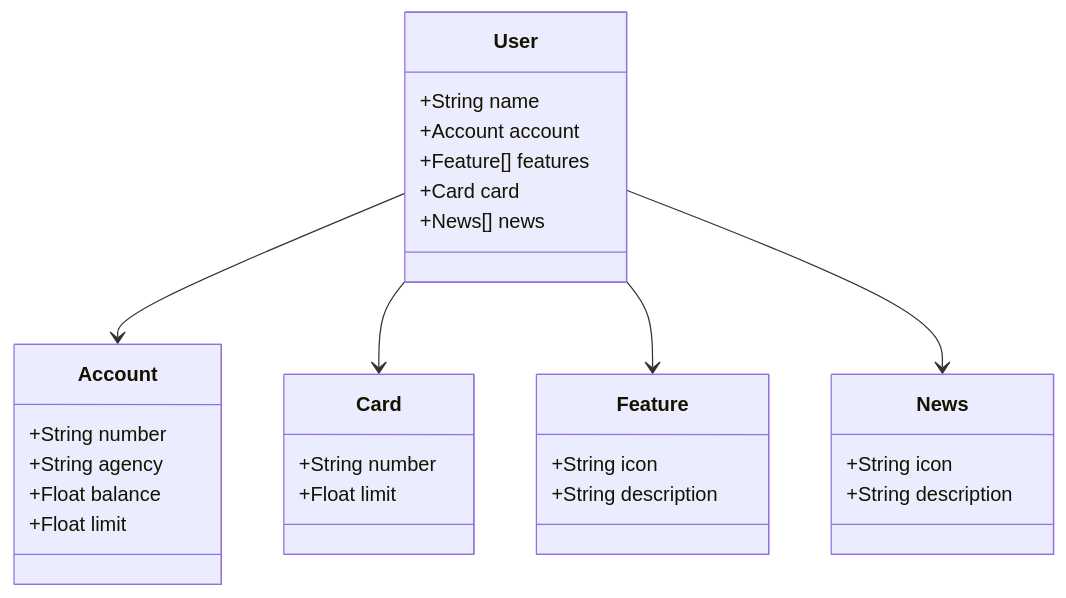
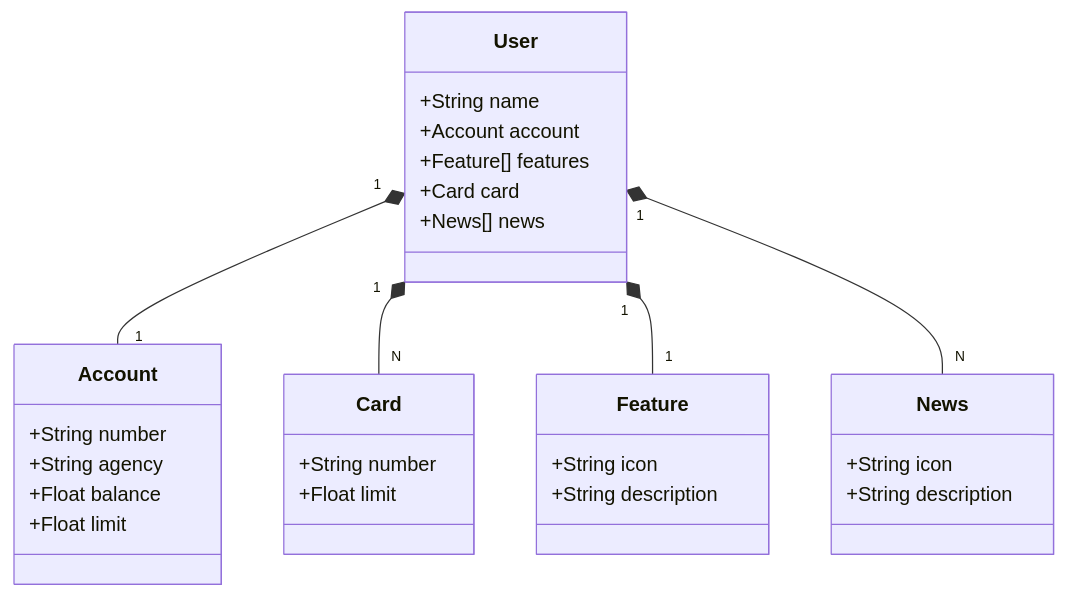
The diagram in README.md (Akanni-codes/Avana-bootcamp-2025), drawn with Mermaid before and after one commit.

````diff
--- a/README.md
+++ b/README.md
@@ -6,37 +6,37 @@
 ```mermaid
 classDiagram
   class User {
     +String name
     +Account account
     +Feature[] features
     +Card card
     +News[] news
   }
 
   class Account {
     +String number
     +String agency
     +Float balance
     +Float limit
   }
 
   class Feature {
     +String icon
     +String description
   }
 
   class Card {
     +String number
     +Float limit
   }
 
   class News {
     +String icon
     +String description
   }
 
-  User --> Account
-  User --> Card
-  User --> Feature
-  User --> News
+  User "1" *-- "1" Account
+  User "1" *-- "N" Card
+  User "1" *-- "1" Feature
+  User "1" *-- "N" News
 ```
````
